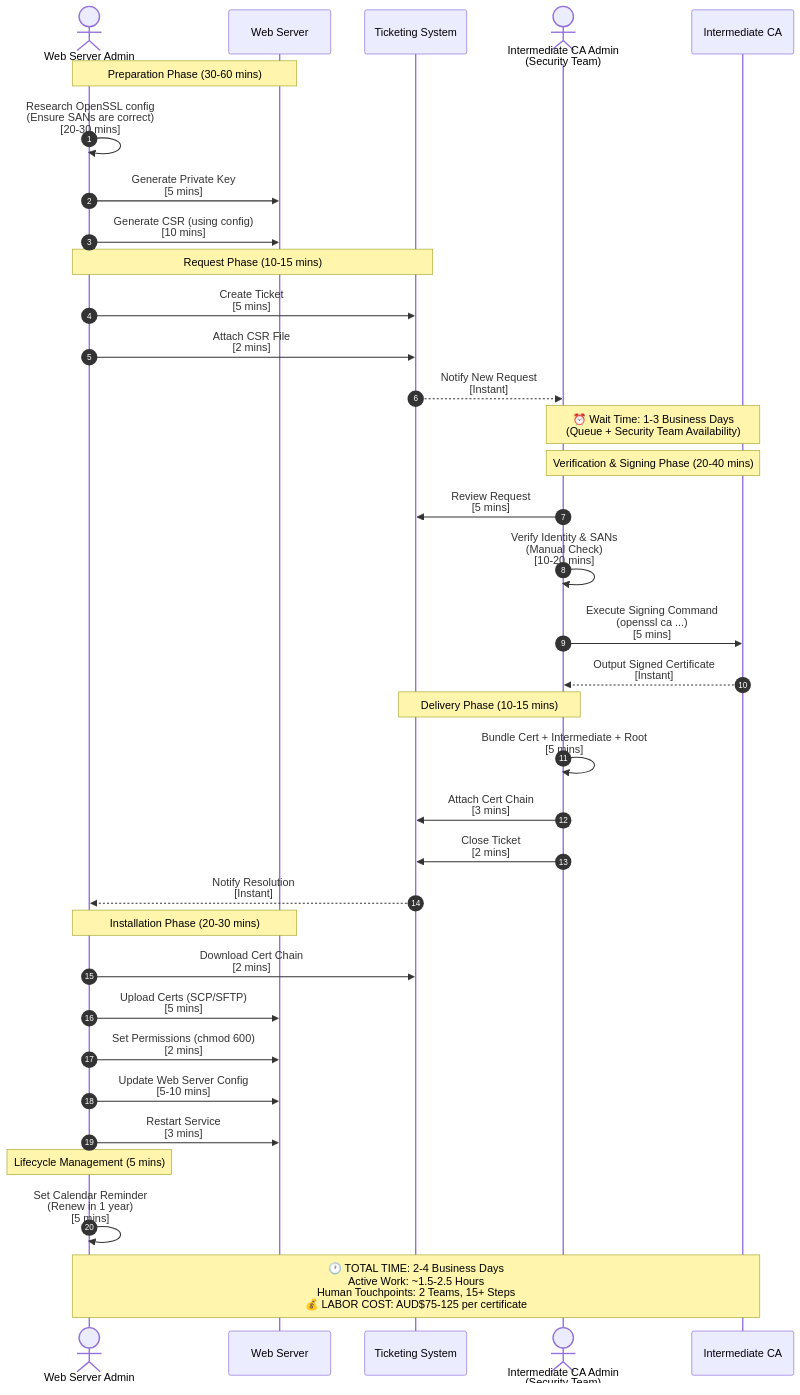
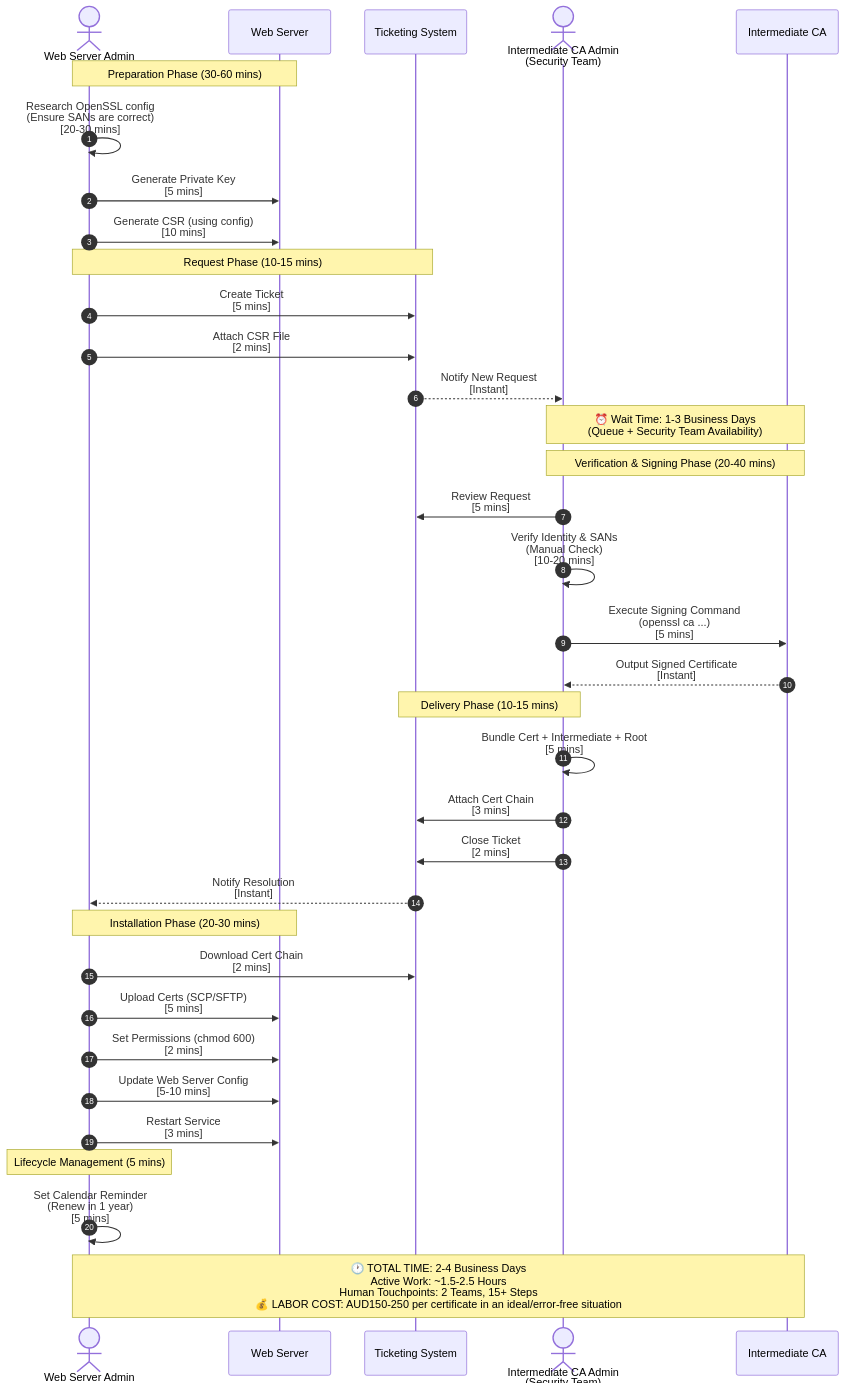
Before and after one commit to songlining/pki: the first of 2 diagrams in tls-cert-gen-manual-vs-vault.md, drawn with Mermaid. The commit also changed 2 other files, not shown here.

````diff
--- a/tls-cert-gen-manual-vs-vault.md
+++ b/tls-cert-gen-manual-vs-vault.md
@@ -21,45 +21,45 @@
 ```mermaid
 sequenceDiagram
     autonumber
     actor WebAdmin as Web Server Admin
     participant Server as Web Server
     participant Ticket as Ticketing System
     actor CAAdmin as Intermediate CA Admin<br/>(Security Team)
     participant CA as Intermediate CA
 
     Note over WebAdmin, Server: Preparation Phase (30-60 mins)
     WebAdmin->>WebAdmin: Research OpenSSL config<br/>(Ensure SANs are correct)<br/>[20-30 mins]
     WebAdmin->>Server: Generate Private Key<br/>[5 mins]
     WebAdmin->>Server: Generate CSR (using config)<br/>[10 mins]
 
     Note over WebAdmin, Ticket: Request Phase (10-15 mins)
     WebAdmin->>Ticket: Create Ticket<br/>[5 mins]
     WebAdmin->>Ticket: Attach CSR File<br/>[2 mins]
     Ticket-->>CAAdmin: Notify New Request<br/>[Instant]
 
     Note over CAAdmin, CA: ⏰ Wait Time: 1-3 Business Days<br/>(Queue + Security Team Availability)
 
     Note over CAAdmin, CA: Verification & Signing Phase (20-40 mins)
     CAAdmin->>Ticket: Review Request<br/>[5 mins]
     CAAdmin->>CAAdmin: Verify Identity & SANs<br/>(Manual Check)<br/>[10-20 mins]
     CAAdmin->>CA: Execute Signing Command<br/>(openssl ca ...)<br/>[5 mins]
     CA-->>CAAdmin: Output Signed Certificate<br/>[Instant]
 
     Note over CAAdmin, Ticket: Delivery Phase (10-15 mins)
     CAAdmin->>CAAdmin: Bundle Cert + Intermediate + Root<br/>[5 mins]
     CAAdmin->>Ticket: Attach Cert Chain<br/>[3 mins]
     CAAdmin->>Ticket: Close Ticket<br/>[2 mins]
     Ticket-->>WebAdmin: Notify Resolution<br/>[Instant]
 
     Note over WebAdmin, Server: Installation Phase (20-30 mins)
     WebAdmin->>Ticket: Download Cert Chain<br/>[2 mins]
     WebAdmin->>Server: Upload Certs (SCP/SFTP)<br/>[5 mins]
     WebAdmin->>Server: Set Permissions (chmod 600)<br/>[2 mins]
     WebAdmin->>Server: Update Web Server Config<br/>[5-10 mins]
     WebAdmin->>Server: Restart Service<br/>[3 mins]
 
     Note over WebAdmin: Lifecycle Management (5 mins)
     WebAdmin->>WebAdmin: Set Calendar Reminder<br/>(Renew in 1 year)<br/>[5 mins]
 
-    Note over WebAdmin, CA: 🕐 TOTAL TIME: 2-4 Business Days<br/>Active Work: ~1.5-2.5 Hours<br/>Human Touchpoints: 2 Teams, 15+ Steps<br/>💰 LABOR COST: AUD$75-125 per certificate
+    Note over WebAdmin, CA: 🕐 TOTAL TIME: 2-4 Business Days<br/>Active Work: ~1.5-2.5 Hours<br/>Human Touchpoints: 2 Teams, 15+ Steps<br/>💰 LABOR COST: AUD150-250 per certificate in an ideal/error-free situation
 ```
````
